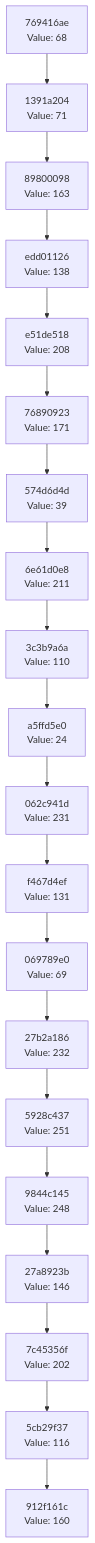
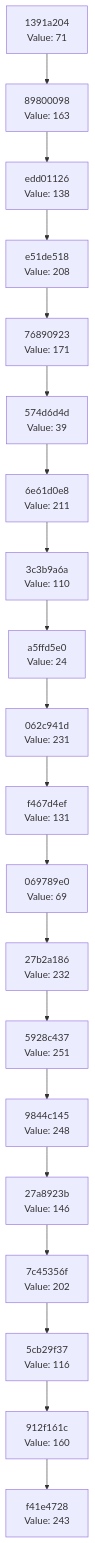
Before and after one commit to Abhisheksinha1506/hash-chain-evolver: the diagram in docs/CHAIN_VISUALIZATION.md, drawn with Mermaid. The commit also changed 2 other files, not shown here.

Commit message:
Evolution Step

````diff
--- a/docs/CHAIN_VISUALIZATION.md
+++ b/docs/CHAIN_VISUALIZATION.md
@@ -3,42 +3,42 @@
 ```mermaid
 graph TD
-    C0["912f161c<br/>Value: 160"]
-    C1["5cb29f37<br/>Value: 116"]
+    C0["f41e4728<br/>Value: 243"]
+    C1["912f161c<br/>Value: 160"]
     C1 --> C0
-    C2["7c45356f<br/>Value: 202"]
+    C2["5cb29f37<br/>Value: 116"]
     C2 --> C1
-    C3["27a8923b<br/>Value: 146"]
+    C3["7c45356f<br/>Value: 202"]
     C3 --> C2
-    C4["9844c145<br/>Value: 248"]
+    C4["27a8923b<br/>Value: 146"]
     C4 --> C3
-    C5["5928c437<br/>Value: 251"]
+    C5["9844c145<br/>Value: 248"]
     C5 --> C4
-    C6["27b2a186<br/>Value: 232"]
+    C6["5928c437<br/>Value: 251"]
     C6 --> C5
-    C7["069789e0<br/>Value: 69"]
+    C7["27b2a186<br/>Value: 232"]
     C7 --> C6
-    C8["f467d4ef<br/>Value: 131"]
+    C8["069789e0<br/>Value: 69"]
     C8 --> C7
-    C9["062c941d<br/>Value: 231"]
+    C9["f467d4ef<br/>Value: 131"]
     C9 --> C8
-    C10["a5ffd5e0<br/>Value: 24"]
+    C10["062c941d<br/>Value: 231"]
     C10 --> C9
-    C11["3c3b9a6a<br/>Value: 110"]
+    C11["a5ffd5e0<br/>Value: 24"]
     C11 --> C10
-    C12["6e61d0e8<br/>Value: 211"]
+    C12["3c3b9a6a<br/>Value: 110"]
     C12 --> C11
-    C13["574d6d4d<br/>Value: 39"]
+    C13["6e61d0e8<br/>Value: 211"]
     C13 --> C12
-    C14["76890923<br/>Value: 171"]
+    C14["574d6d4d<br/>Value: 39"]
     C14 --> C13
-    C15["e51de518<br/>Value: 208"]
+    C15["76890923<br/>Value: 171"]
     C15 --> C14
-    C16["edd01126<br/>Value: 138"]
+    C16["e51de518<br/>Value: 208"]
     C16 --> C15
-    C17["89800098<br/>Value: 163"]
+    C17["edd01126<br/>Value: 138"]
     C17 --> C16
-    C18["1391a204<br/>Value: 71"]
+    C18["89800098<br/>Value: 163"]
     C18 --> C17
-    C19["769416ae<br/>Value: 68"]
+    C19["1391a204<br/>Value: 71"]
     C19 --> C18
 ```
````
